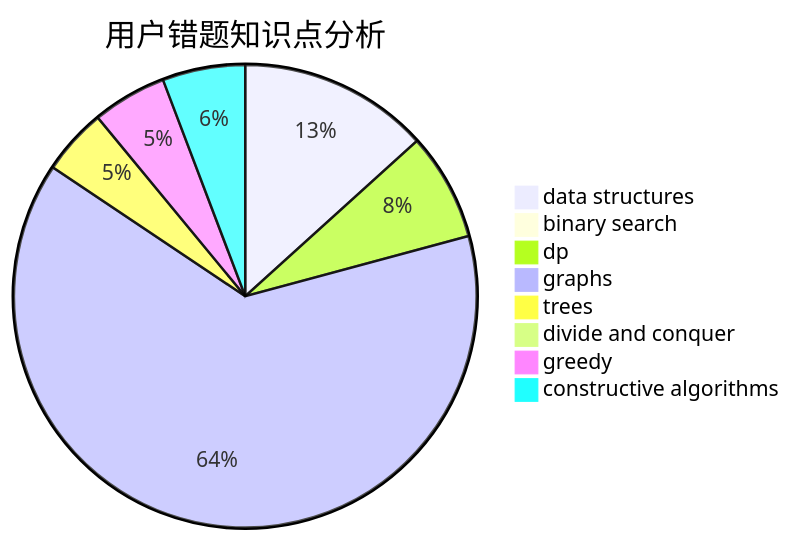
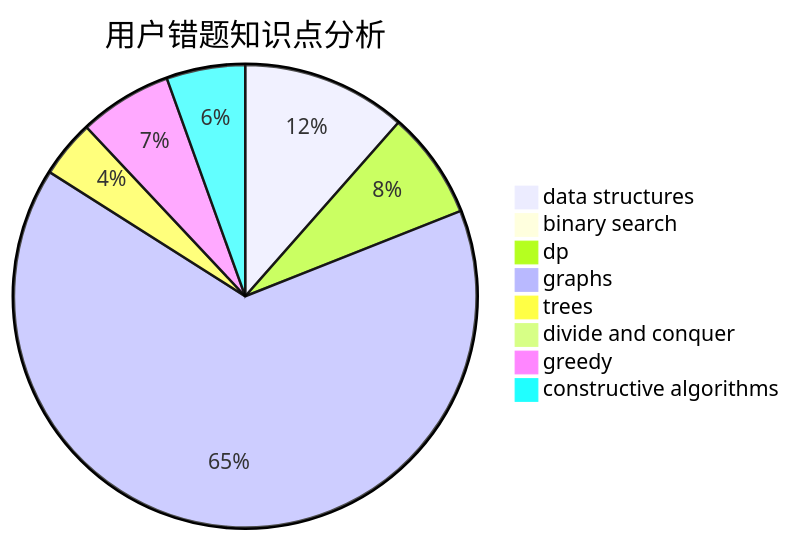
The third of 3 diagrams in docs/user/u1985.md (sherpahu/cfrs.github.io), drawn with Mermaid before and after one commit. The commit also changed other lines of this file and 2770 other files, not shown here.

````diff
--- a/docs/user/u1985.md
+++ b/docs/user/u1985.md
@@ -36,11 +36,11 @@
 ```mermaid
 pie title 用户错题知识点分析
     "data structures" :  23
     "binary search" :  0
-    "dp" :  13
-    "graphs" :  110
+    "dp" :  15
+    "graphs" :  130
     "trees" :  8
     "divide and conquer" :  0
-    "greedy" :  9
-    "constructive algorithms" :  10
+    "greedy" :  13
+    "constructive algorithms" :  11
 ```
````
